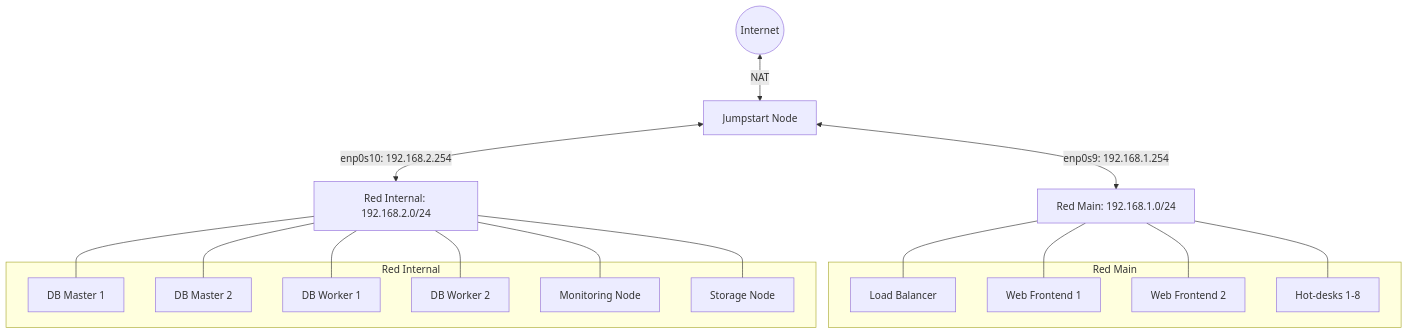
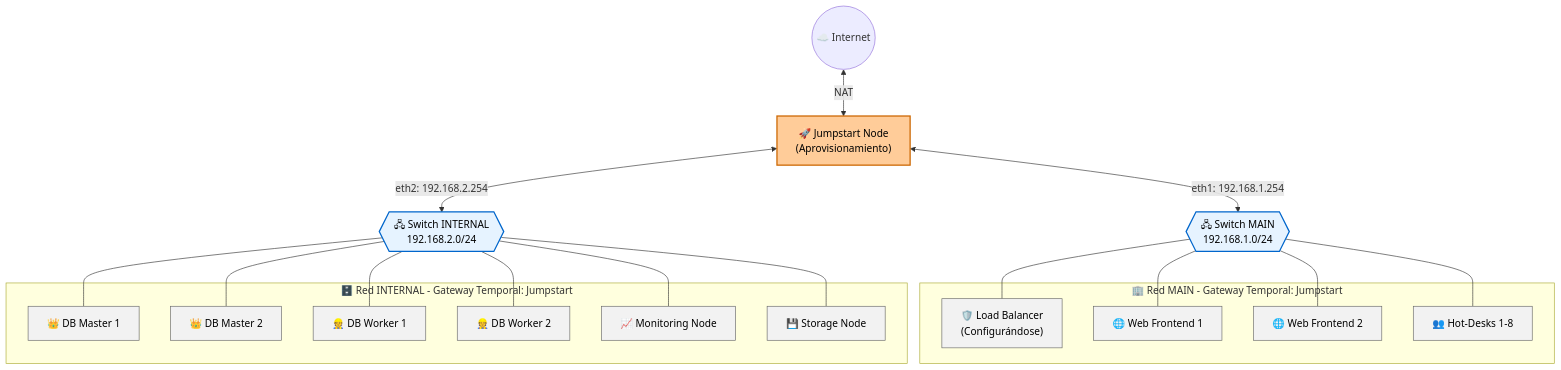
The first of 2 diagrams in docs/02_diagrama_y_rutas.md (adriandpr84/GAR-CMS), drawn with Mermaid before and after one commit. The commit also changed other lines of this file and 63 other files, not shown here.

````diff
--- a/docs/02_diagrama_y_rutas.md
+++ b/docs/02_diagrama_y_rutas.md
@@ -8,34 +13,46 @@
 ```mermaid
 graph TD
-    Internet((Internet)) <--> |NAT| Jumpstart[Jumpstart Node]
-    Jumpstart <--> |enp0s9: 192.168.1.254| MainNet[Red Main: 192.168.1.0/24]
-    Jumpstart <--> |enp0s10: 192.168.2.254| InternalNet[Red Internal: 192.168.2.0/24]
+    %% Nubes externas
+    Internet((☁️ Internet)) <--> |NAT| Jumpstart["🚀 Jumpstart Node\n(Aprovisionamiento)"]
 
-    subgraph Red Main
-        LB[Load Balancer]
-        WF1[Web Frontend 1]
-        WF2[Web Frontend 2]
-        HD[Hot-desks 1-8]
+    %% Switches / Redes
+    Jumpstart <-->|eth1: 192.168.1.254| SW_MAIN{{"🖧 Switch MAIN\n192.168.1.0/24"}}
+    Jumpstart <-->|eth2: 192.168.2.254| SW_INT{{"🖧 Switch INTERNAL\n192.168.2.0/24"}}
+
+    subgraph Red Main [🏢 Red MAIN - Gateway Temporal: Jumpstart]
+        LB["🛡️ Load Balancer\n(Configurándose)"]
+        WF1["🌐 Web Frontend 1"]
+        WF2["🌐 Web Frontend 2"]
+        HD["👥 Hot-Desks 1-8"]
     end
 
-    subgraph Red Internal
-        DBM1[DB Master 1]
-        DBM2[DB Master 2]
-        DBW1[DB Worker 1]
-        DBW2[DB Worker 2]
-        MN[Monitoring Node]
-        ST[Storage Node]
+    SW_MAIN --- LB
+    SW_MAIN --- WF1
+    SW_MAIN --- WF2
+    SW_MAIN --- HD
+
+    subgraph Red Internal [🗄️ Red INTERNAL - Gateway Temporal: Jumpstart]
+        DBM1["👑 DB Master 1"]
+        DBM2["👑 DB Master 2"]
+        DBW1["👷 DB Worker 1"]
+        DBW2["👷 DB Worker 2"]
+        MN["📈 Monitoring Node"]
+        ST["💾 Storage Node"]
     end
 
-    MainNet --- LB
-    MainNet --- WF1
-    MainNet --- WF2
-    MainNet --- HD
+    SW_INT --- DBM1
+    SW_INT --- DBM2
+    SW_INT --- DBW1
+    SW_INT --- DBW2
+    SW_INT --- MN
+    SW_INT --- ST
 
-    InternalNet --- DBM1
-    InternalNet --- DBM2
-    InternalNet --- DBW1
-    InternalNet --- DBW2
-    InternalNet --- MN
-    InternalNet --- ST
+    %% Estilos
+    classDef jumpstart fill:#ffcc99,stroke:#cc6600,stroke-width:2px,color:#000;
+    classDef switch fill:#e6f3ff,stroke:#0066cc,stroke-width:2px,color:#000;
+    classDef defaultNode fill:#f2f2f2,stroke:#666,stroke-width:1px,color:#000;
+
+    class Jumpstart jumpstart;
+    class SW_MAIN,SW_INT switch;
+    class LB,WF1,WF2,HD,DBM1,DBM2,DBW1,DBW2,MN,ST defaultNode;
 ```
````
